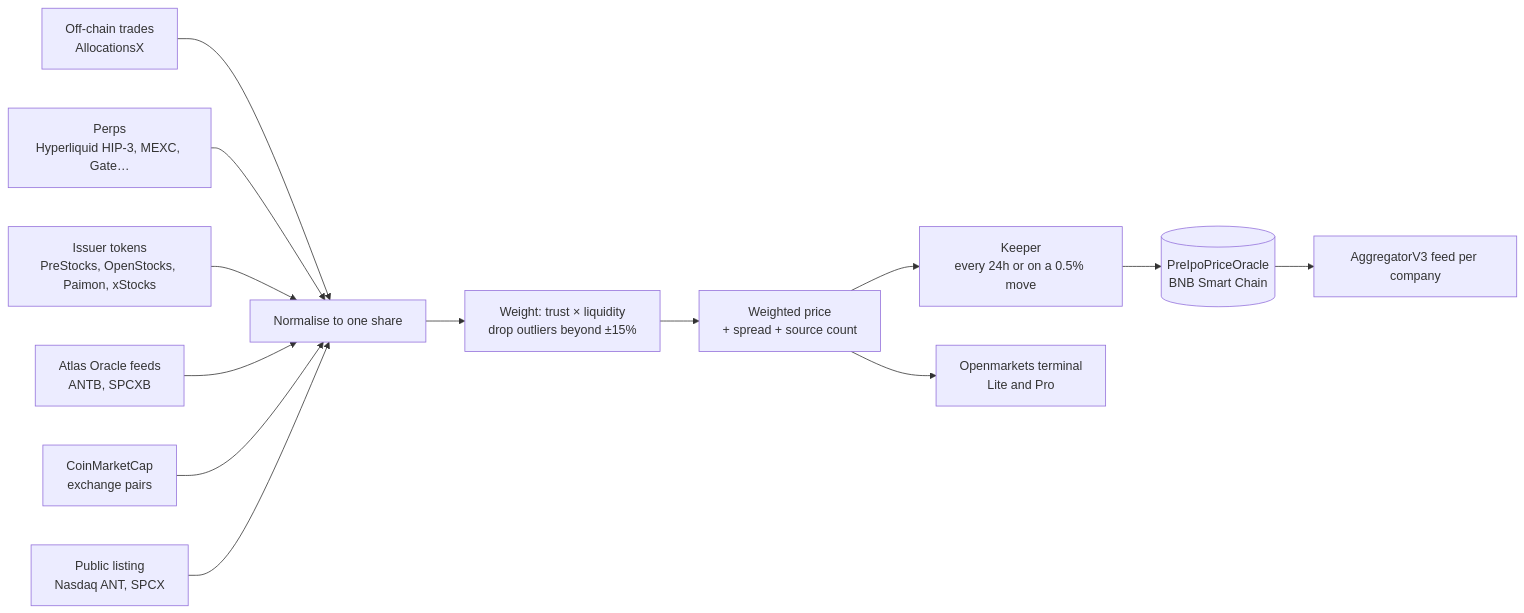
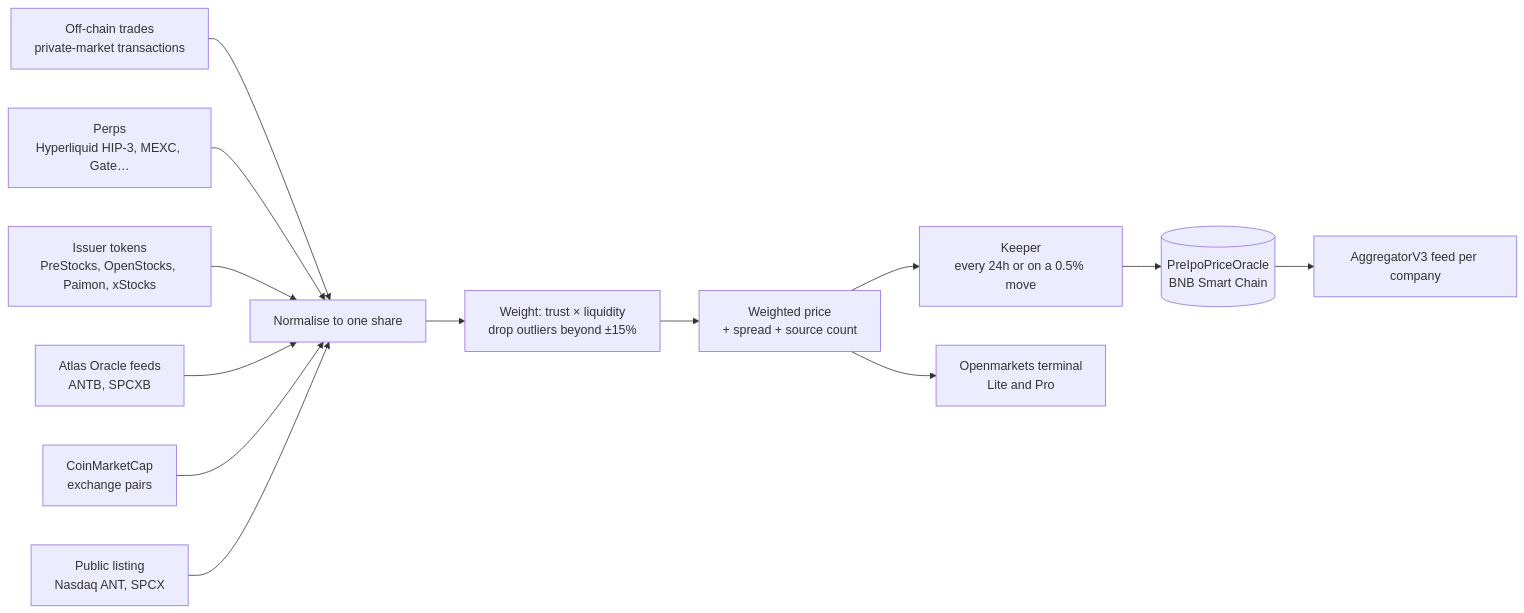
The diagram in README.md (TusharTapadia/Openmarket-BNB-Hackathon), drawn with Mermaid before and after one commit. The commit also changed other lines of this file, not shown here.

Commit message:
README: drop AllocationsX references and the disclaimer

````diff
--- a/README.md
+++ b/README.md
@@ -31,15 +31,15 @@
 ```mermaid
 flowchart LR
-  A[Off-chain trades<br/>AllocationsX] --> N
+  A[Off-chain trades<br/>private-market transactions] --> N
   B[Perps<br/>Hyperliquid HIP-3, MEXC, Gate…] --> N
   C[Issuer tokens<br/>PreStocks, OpenStocks, Paimon, xStocks] --> N
   D[Atlas Oracle feeds<br/>ANTB, SPCXB] --> N
   E[CoinMarketCap<br/>exchange pairs] --> N
   F[Public listing<br/>Nasdaq ANT, SPCX] --> N
   N[Normalise to one share] --> W[Weight: trust × liquidity<br/>drop outliers beyond ±15%]
   W --> P[Weighted price<br/>+ spread + source count]
   P --> K[Keeper<br/>every 24h or on a 0.5% move]
   K --> O[(PreIpoPriceOracle<br/>BNB Smart Chain)]
   O --> F1[AggregatorV3 feed per company]
   P --> UI[Openmarkets terminal<br/>Lite and Pro]
 ```
````
